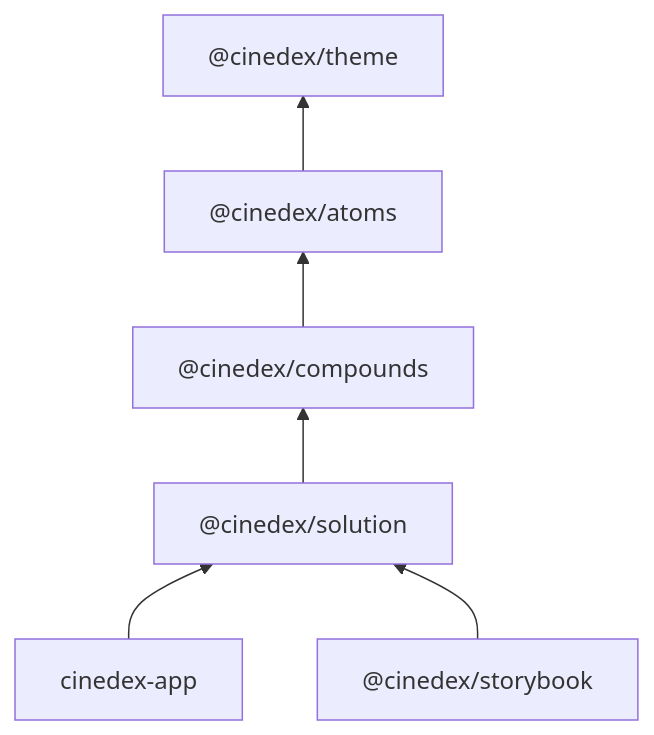
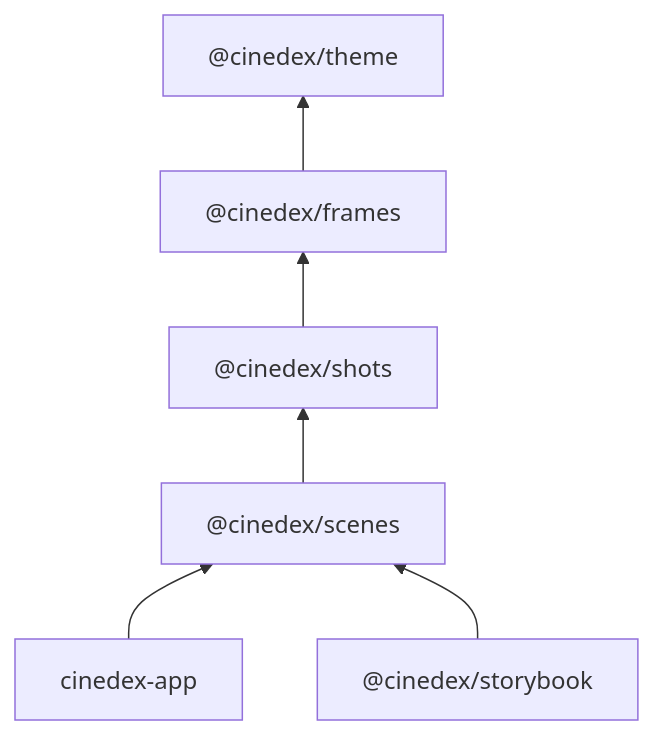
Before and after one commit to felipedferreira/Cinedex: the diagram in frontend/CLAUDE.md, drawn with Mermaid. The commit also changed other lines of this file and 227 other files, not shown here.

Commit message:
refactor(frontend): rename component tiers to frames, shots and scenes (#86)

````diff
--- a/frontend/CLAUDE.md
+++ b/frontend/CLAUDE.md
@@ -17,8 +17,8 @@
 ```mermaid
 flowchart BT
-    ATOMS["@cinedex/atoms"] --> THEME["@cinedex/theme"]
-    COMPOUNDS["@cinedex/compounds"] --> ATOMS
-    SOLUTION["@cinedex/solution"] --> COMPOUNDS
-    APP["cinedex-app"] --> SOLUTION
-    SB["@cinedex/storybook"] --> SOLUTION
+    FRAMES["@cinedex/frames"] --> THEME["@cinedex/theme"]
+    SHOTS["@cinedex/shots"] --> FRAMES
+    SCENES["@cinedex/scenes"] --> SHOTS
+    APP["cinedex-app"] --> SCENES
+    SB["@cinedex/storybook"] --> SCENES
 ```
````
